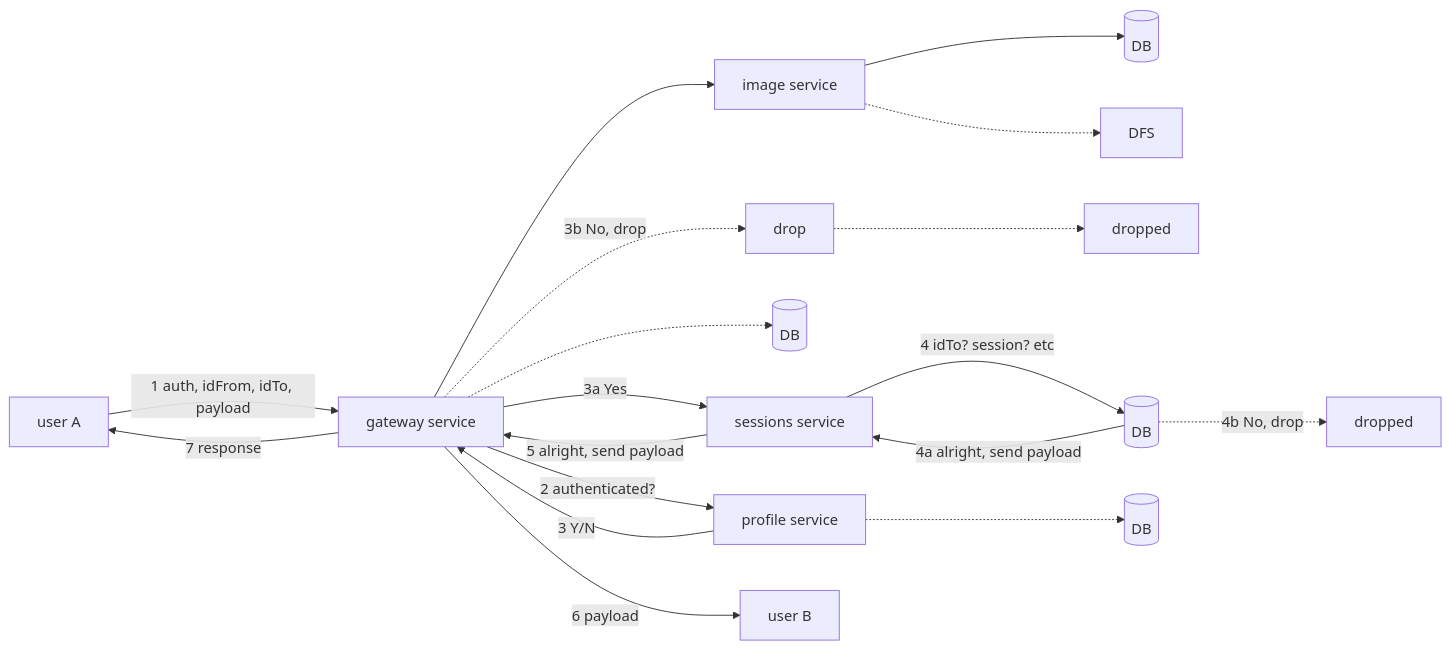
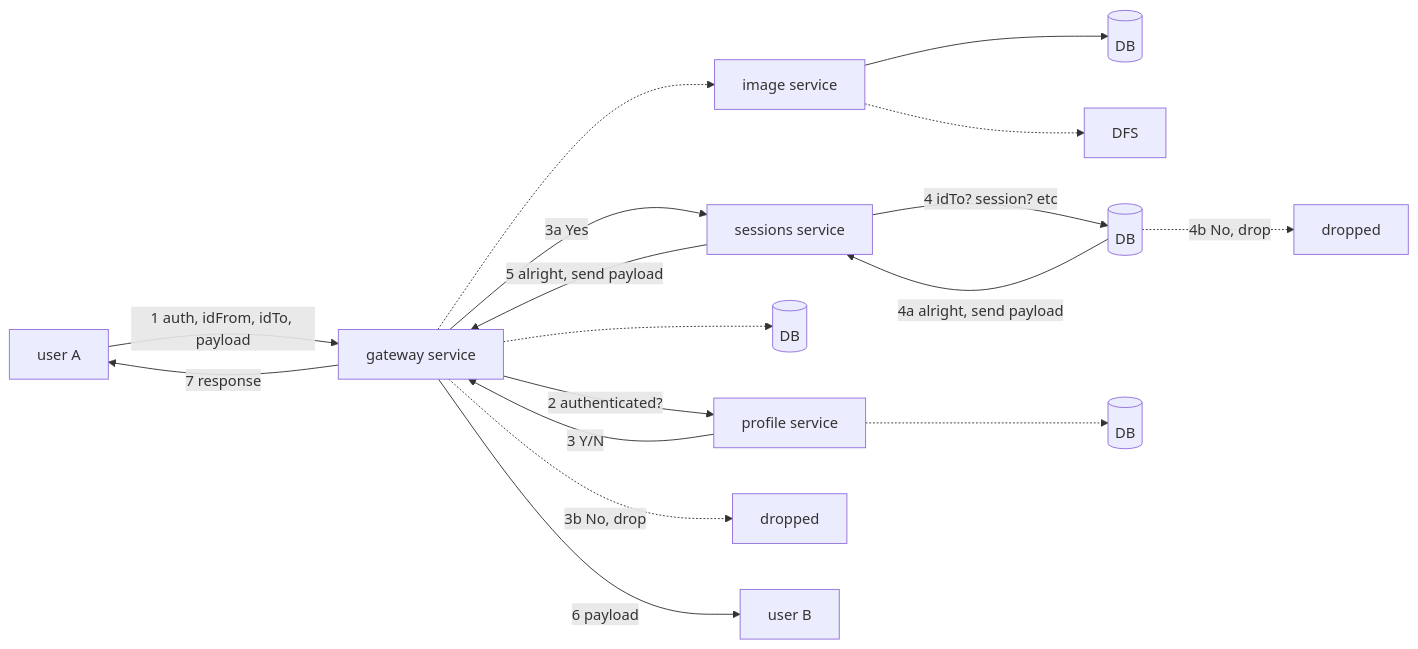
The fifth of 6 diagrams in 0x01-tinder/0-tinder.md (brk-a/system-design), drawn with Mermaid before and after one commit. The commit also changed other lines of this file, not shown here.

````diff
--- a/0x01-tinder/0-tinder.md
+++ b/0x01-tinder/0-tinder.md
@@ -92,20 +92,19 @@
     ```mermaid
         flowchart LR
         A[user A]--1 auth, idFrom, idTo, payload-->B[gateway service]
         B--2 authenticated?-->C[profile service]
         C--3 Y/N-->B
-        B-->D[image service]
+        B-.->D[image service]
         D-->E[(DB)]
         B--7 response-->A
         B-.->G[(DB)]
         D-.->H[DFS]
         B--3a Yes-->I[sessions service]
-        B-.3b No, drop.->J[drop]
-        J-.->K[dropped]
-        I--4 idTo? session? etc-->L[(DB)]
-        L--4a alright, send payload-->I
-        L-.4b No, drop.->M[dropped]
+        B-.3b No, drop.->J[dropped]
+        I--4 idTo? session? etc-->K[(DB)]
+        K--4a alright, send payload-->I
+        K-.4b No, drop.->L[dropped]
         I--5 alright, send payload-->B
-        B--6 payload-->N[user B]
-        C-.->O[(DB)]
+        B--6 payload-->M[user B]
+        C-.->N[(DB)]
     ```
````
